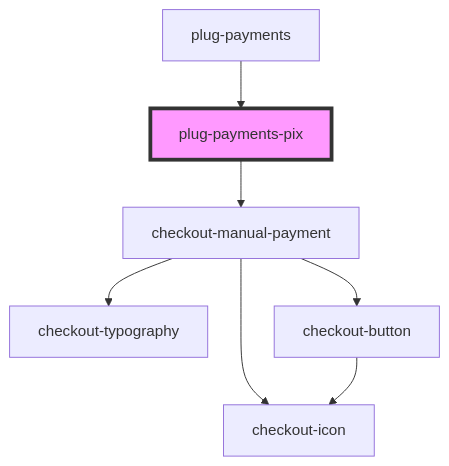
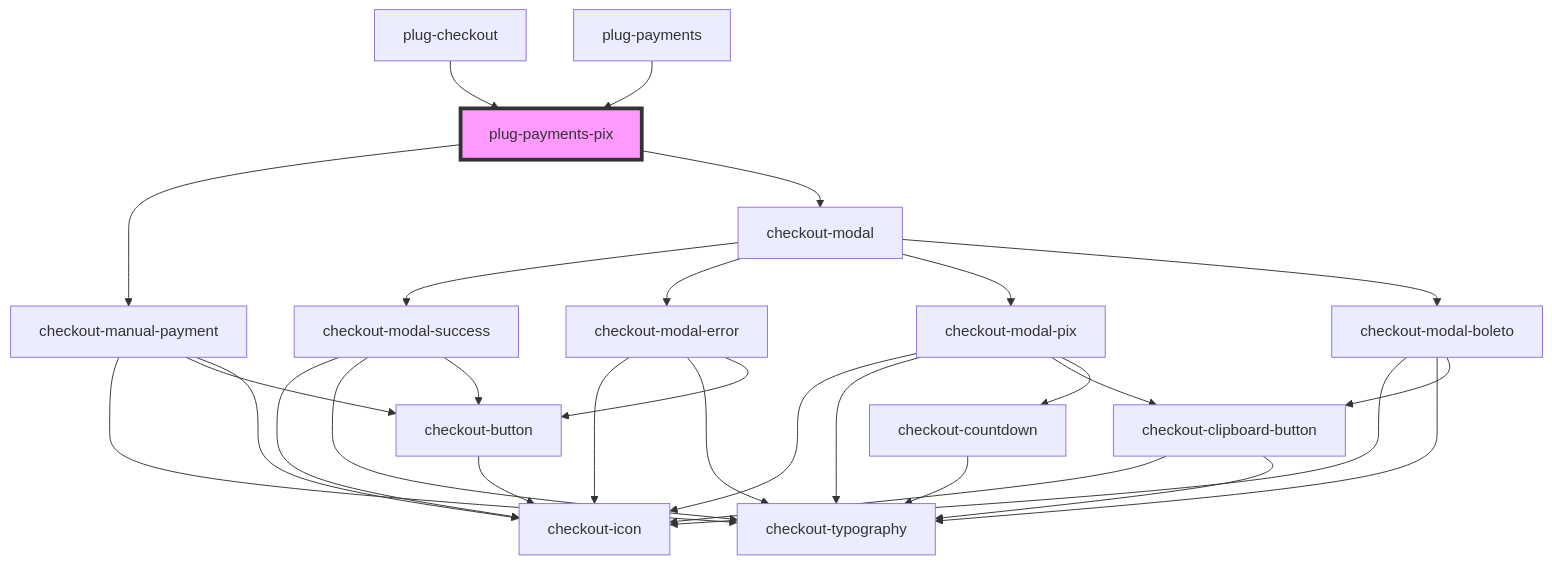
The diagram in packages/checkout/core/src/components/plug-payments-pix/readme.md (plughacker/malga-checkout), drawn with Mermaid before and after one commit. The commit also changed other lines of this file and 43 other files, not shown here.

Commit message:
fix(plug-checkout): improving interface nomenclature

````diff
--- a/packages/checkout/core/src/components/plug-payments-pix/readme.md
+++ b/packages/checkout/core/src/components/plug-payments-pix/readme.md
@@ -46,10 +47,32 @@
 ```mermaid
 graph TD;
   plug-payments-pix --> checkout-manual-payment
+  plug-payments-pix --> checkout-modal
   checkout-manual-payment --> checkout-typography
   checkout-manual-payment --> checkout-button
   checkout-manual-payment --> checkout-icon
   checkout-button --> checkout-icon
+  checkout-modal --> checkout-modal-success
+  checkout-modal --> checkout-modal-error
+  checkout-modal --> checkout-modal-pix
+  checkout-modal --> checkout-modal-boleto
+  checkout-modal-success --> checkout-icon
+  checkout-modal-success --> checkout-typography
+  checkout-modal-success --> checkout-button
+  checkout-modal-error --> checkout-icon
+  checkout-modal-error --> checkout-typography
+  checkout-modal-error --> checkout-button
+  checkout-modal-pix --> checkout-icon
+  checkout-modal-pix --> checkout-typography
+  checkout-modal-pix --> checkout-clipboard-button
+  checkout-modal-pix --> checkout-countdown
+  checkout-clipboard-button --> checkout-icon
+  checkout-clipboard-button --> checkout-typography
+  checkout-countdown --> checkout-typography
+  checkout-modal-boleto --> checkout-icon
+  checkout-modal-boleto --> checkout-typography
+  checkout-modal-boleto --> checkout-clipboard-button
+  plug-checkout --> plug-payments-pix
   plug-payments --> plug-payments-pix
   style plug-payments-pix fill:#f9f,stroke:#333,stroke-width:4px
 ```
````
